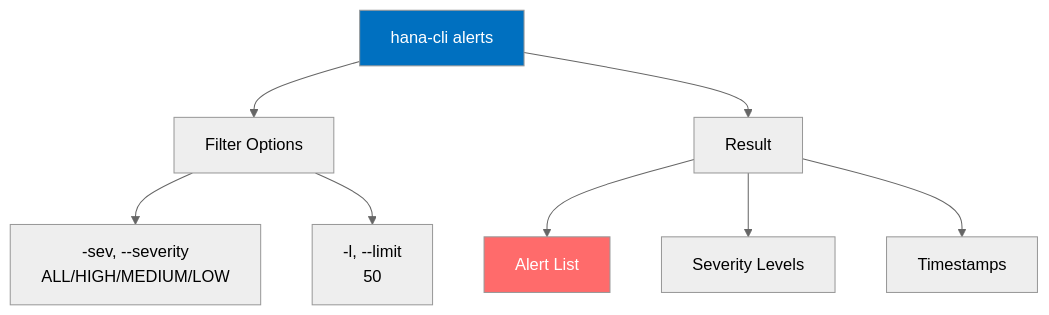
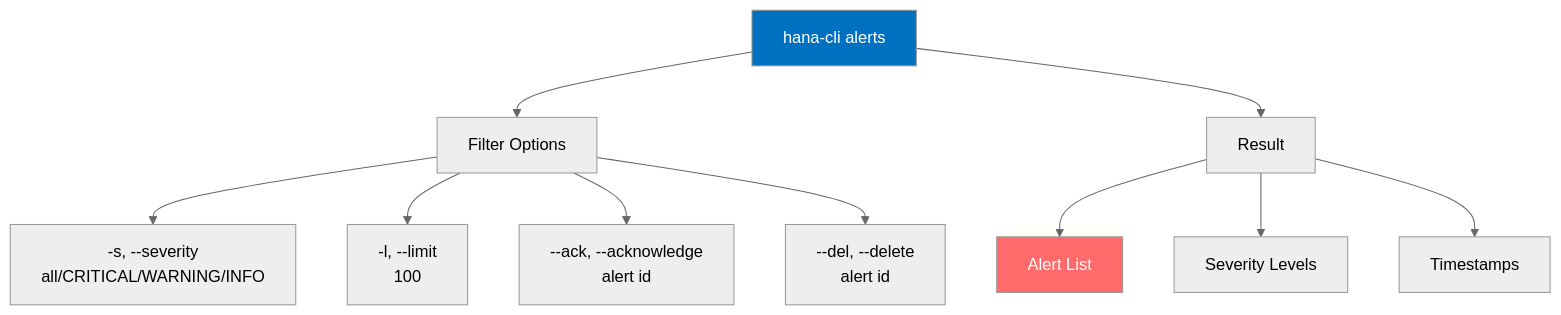
Diagram 16 of 26 in docs/99-reference/command-reference.md (SAP-samples/hana-developer-cli-tool-example), drawn with Mermaid (neutral theme) before and after one commit. The commit also changed other lines of this file and 10 other files, not shown here.

````diff
--- a/docs/99-reference/command-reference.md
+++ b/docs/99-reference/command-reference.md
@@ -619,14 +622,16 @@
 ```mermaid
 graph TD
     A["hana-cli alerts"] --> B["Filter Options"]
-    B --> B1["-sev, --severity<br/>ALL/HIGH/MEDIUM/LOW"]
-    B --> B2["-l, --limit<br/>50"]
+    B --> B1["-s, --severity<br/>all/CRITICAL/WARNING/INFO"]
+    B --> B2["-l, --limit<br/>100"]
+    B --> B3["--ack, --acknowledge<br/>alert id"]
+    B --> B4["--del, --delete<br/>alert id"]
     
     A --> C["Result"]
     C --> C1["Alert List"]
     C --> C2["Severity Levels"]
     C --> C3["Timestamps"]
     
     style A fill:#0070C0,color:#fff
     style C1 fill:#FF6B6B,color:#fff
 ```
````
